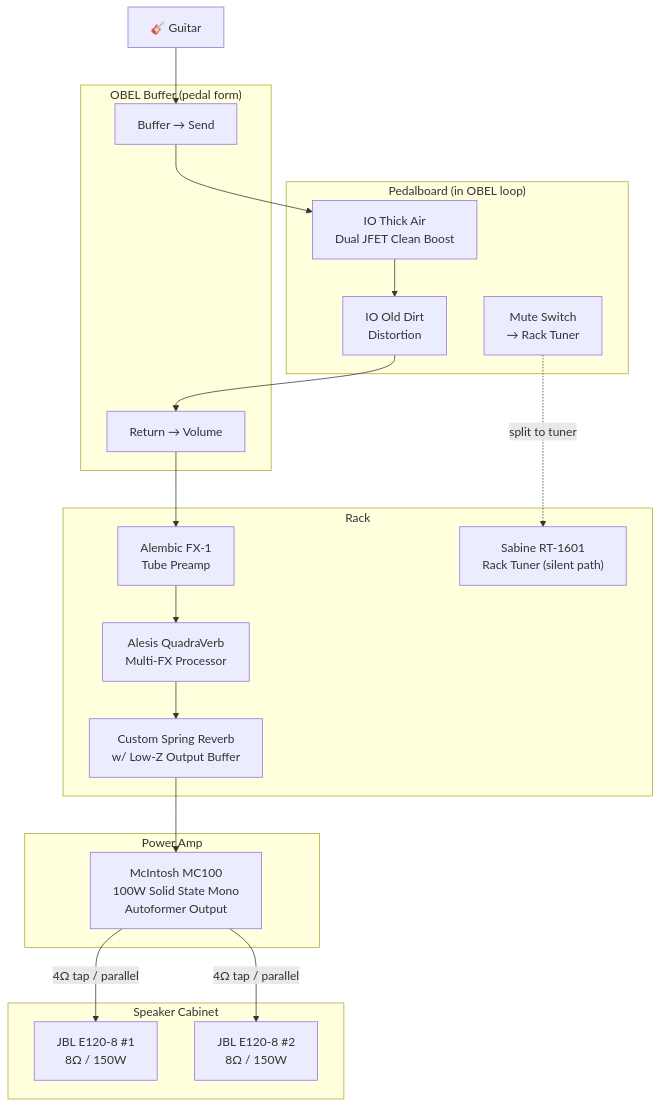
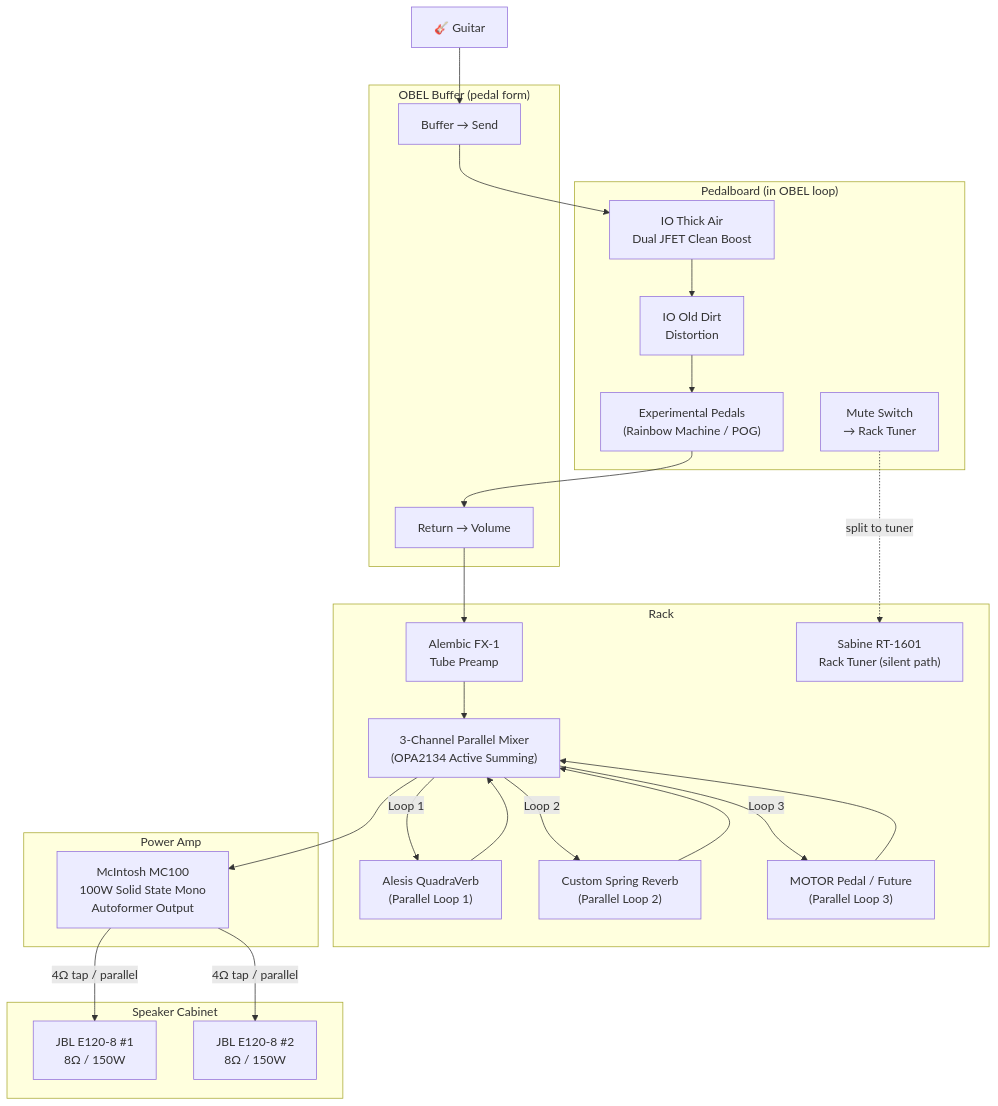
Before and after one commit to bingeboy/le-ton-juste: the second of 2 diagrams in chain.md, drawn with Mermaid. The commit also changed 4 other files, not shown here.

Commit message:
Updates from parallel agent: reverb tank design refinements, tubes, chain, new parallel-mixer doc

````diff
--- a/chain.md
+++ b/chain.md
@@ -42,43 +42,49 @@
 ```mermaid
 flowchart TD
   G["🎸 Guitar"]
 
   subgraph OBEL["OBEL Buffer (pedal form)"]
     BUF_SEND["Buffer → Send"]
     BUF_RET["Return → Volume"]
   end
 
   subgraph PEDALBOARD["Pedalboard (in OBEL loop)"]
     TA["IO Thick Air<br/>Dual JFET Clean Boost"]
     DIRT["IO Old Dirt<br/>Distortion"]
     MUTE["Mute Switch<br/>→ Rack Tuner"]
+    WEIRD["Experimental Pedals<br/>(Rainbow Machine / POG)"]
   end
 
   subgraph RACK["Rack"]
     PRE["Alembic FX-1<br/>Tube Preamp"]
-    QV["Alesis QuadraVerb<br/>Multi-FX Processor"]
-    REV["Custom Spring Reverb<br/>w/ Low-Z Output Buffer"]
+    MIX["3-Channel Parallel Mixer<br/>(OPA2134 Active Summing)"]
+    QV["Alesis QuadraVerb<br/>(Parallel Loop 1)"]
+    REV["Custom Spring Reverb<br/>(Parallel Loop 2)"]
+    MOTOR["MOTOR Pedal / Future<br/>(Parallel Loop 3)"]
     TUNER["Sabine RT-1601<br/>Rack Tuner (silent path)"]
   end
 
   subgraph AMP["Power Amp"]
     MC["McIntosh MC100<br/>100W Solid State Mono<br/>Autoformer Output"]
   end
 
   subgraph CABINET["Speaker Cabinet"]
     SP1["JBL E120-8 #1<br/>8Ω / 150W"]
     SP2["JBL E120-8 #2<br/>8Ω / 150W"]
   end
 
   G --> BUF_SEND
   BUF_SEND --> TA
   TA --> DIRT
-  DIRT --> BUF_RET
+  DIRT --> WEIRD
+  WEIRD --> BUF_RET
   BUF_RET --> PRE
-  PRE --> QV
-  QV --> REV
-  REV --> MC
+  PRE --> MIX
+  MIX -- Loop 1 --> QV --> MIX
+  MIX -- Loop 2 --> REV --> MIX
+  MIX -- Loop 3 --> MOTOR --> MIX
+  MIX --> MC
   MC -->|"4Ω tap / parallel"| SP1
   MC -->|"4Ω tap / parallel"| SP2
   MUTE -.->|"split to tuner"| TUNER
 ```
````
